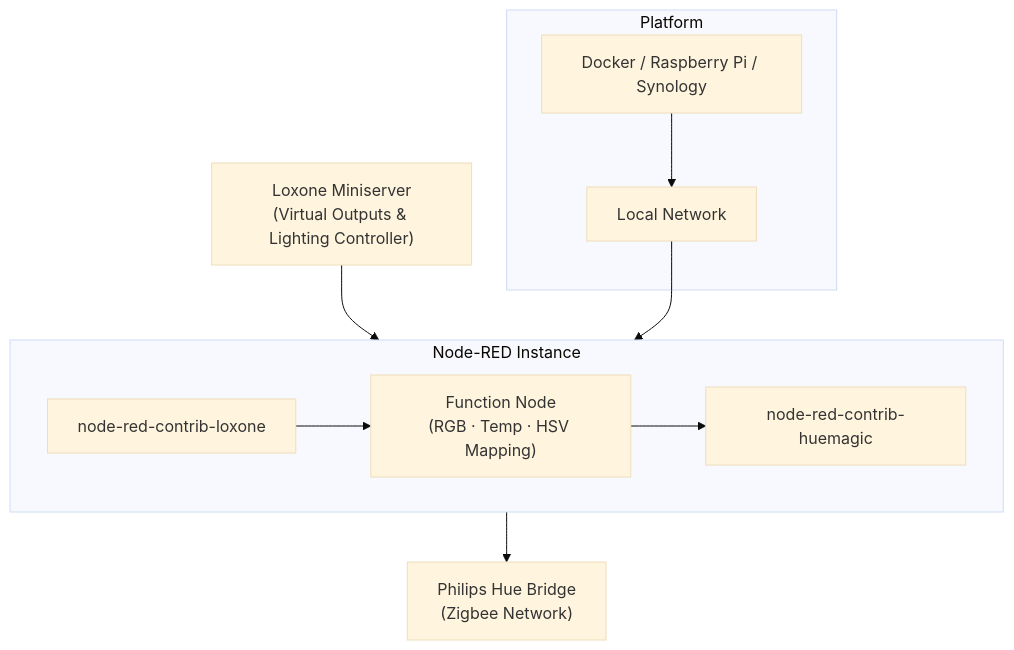
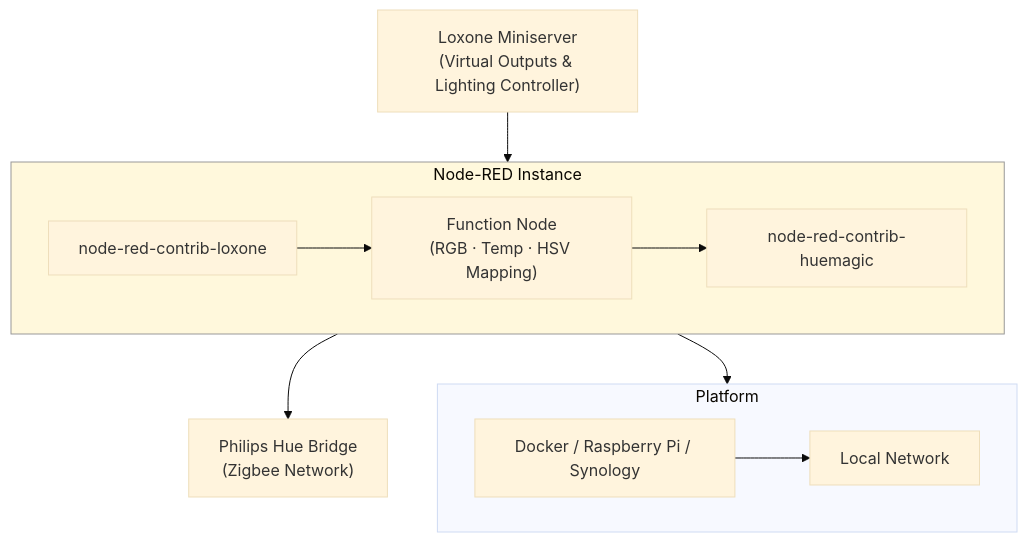
Before and after one commit to gwankho/Loxone-hue-bridge: the diagram in README.md, drawn with Mermaid (base theme).

````diff
--- a/README.md
+++ b/README.md
@@ -54,20 +54,23 @@
 ```mermaid
 flowchart TB
   L["Loxone Miniserver<br/>(Virtual Outputs & Lighting Controller)"] --> NR
   NR --> H["Philips Hue Bridge<br/>(Zigbee Network)"]
 
+  %% Node-RED instance (geel)
   subgraph NR ["Node-RED Instance"]
+    style NR fill:#fff8dc,stroke:#999,stroke-width:1px
     NR1["node-red-contrib-loxone"]
     NR2["Function Node<br/>(RGB · Temp · HSV Mapping)"]
     NR3["node-red-contrib-huemagic"]
     NR1 --> NR2 --> NR3
   end
 
+  %% Platform onderaan
   subgraph P ["Platform"]
     P1["Docker / Raspberry Pi / Synology"]
     P2["Local Network"]
     P1 --> P2
   end
 
-  P2 --> NR
+  NR --> P
 ```
````
